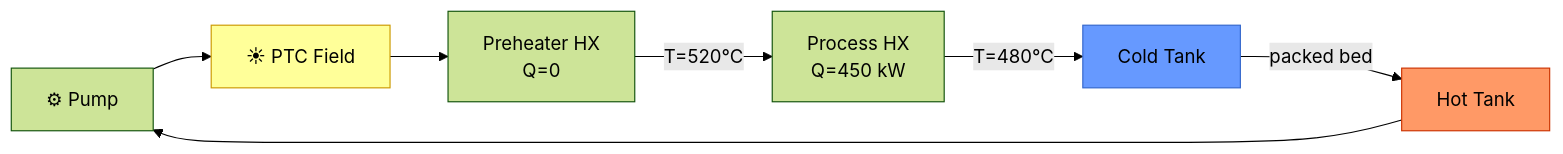
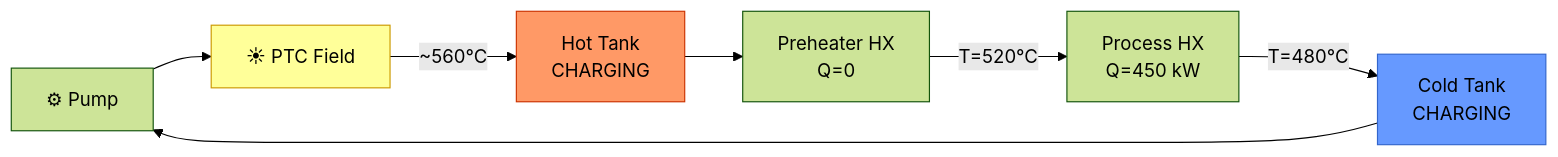
One commit to iwolde/pbtes-sim changed the eighth of 17 diagrams in .planning/PLANT_LAYOUTS_AND_MODES.md. Above: the diagram before and after it, drawn with Mermaid (forest theme). The commit also changed other lines of this file and 1 other file, not shown here.

Commit message:
docs: Redesign 2-tank direct config with parallel discharge mixing valve

````diff
--- a/.planning/PLANT_LAYOUTS_AND_MODES.md
+++ b/.planning/PLANT_LAYOUTS_AND_MODES.md
@@ -337,13 +355,13 @@
 ```mermaid
 graph LR
     P1["⚙ Pump"] --> PTC["☀ PTC Field"]
-    PTC --> PH["Preheater HX<br/>Q=0"]
+    PTC -->|"~560°C"| HT["Hot Tank<br/>CHARGING"]
+    HT --> PH["Preheater HX<br/>Q=0"]
     PH -->|"T=520°C"| PR["Process HX<br/>Q=450 kW"]
-    PR -->|"T=480°C"| CT["Cold Tank"]
-    CT -->|"packed bed"| HT["Hot Tank"]
-    HT --> P1
+    PR -->|"T=480°C"| CT["Cold Tank<br/>CHARGING"]
+    CT --> P1
 
     style PTC fill:#ff9,stroke:#c90
+    style HT fill:#f96,stroke:#c30
     style CT fill:#69f,stroke:#36c
-    style HT fill:#f96,stroke:#c30
 ```
````
